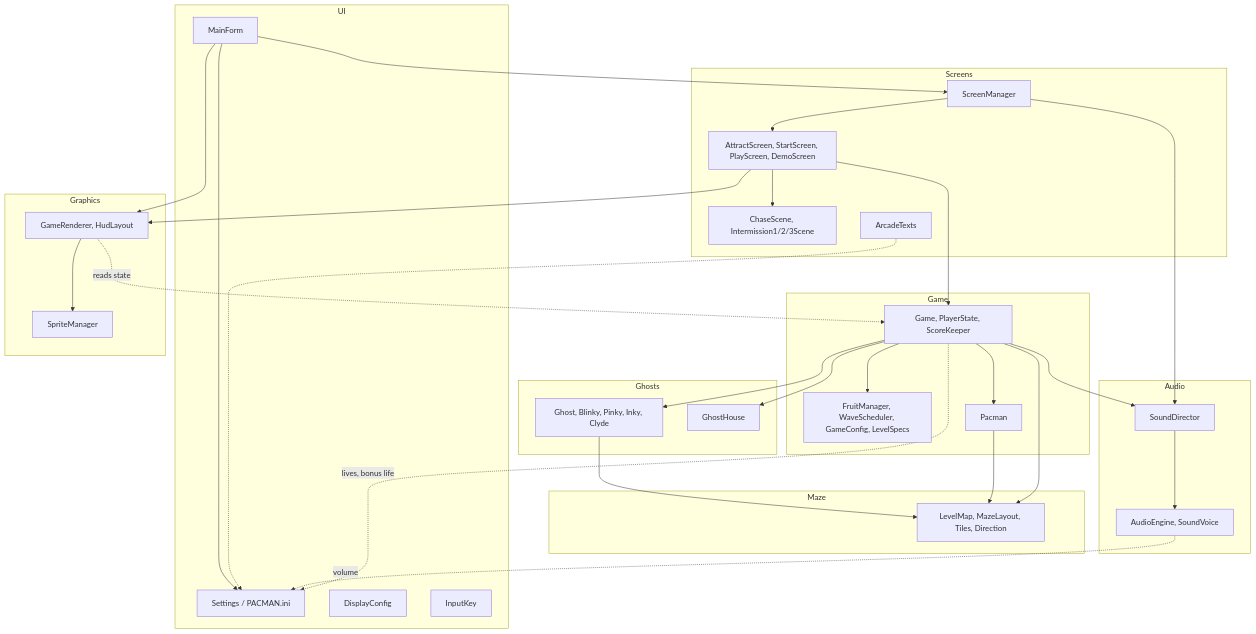
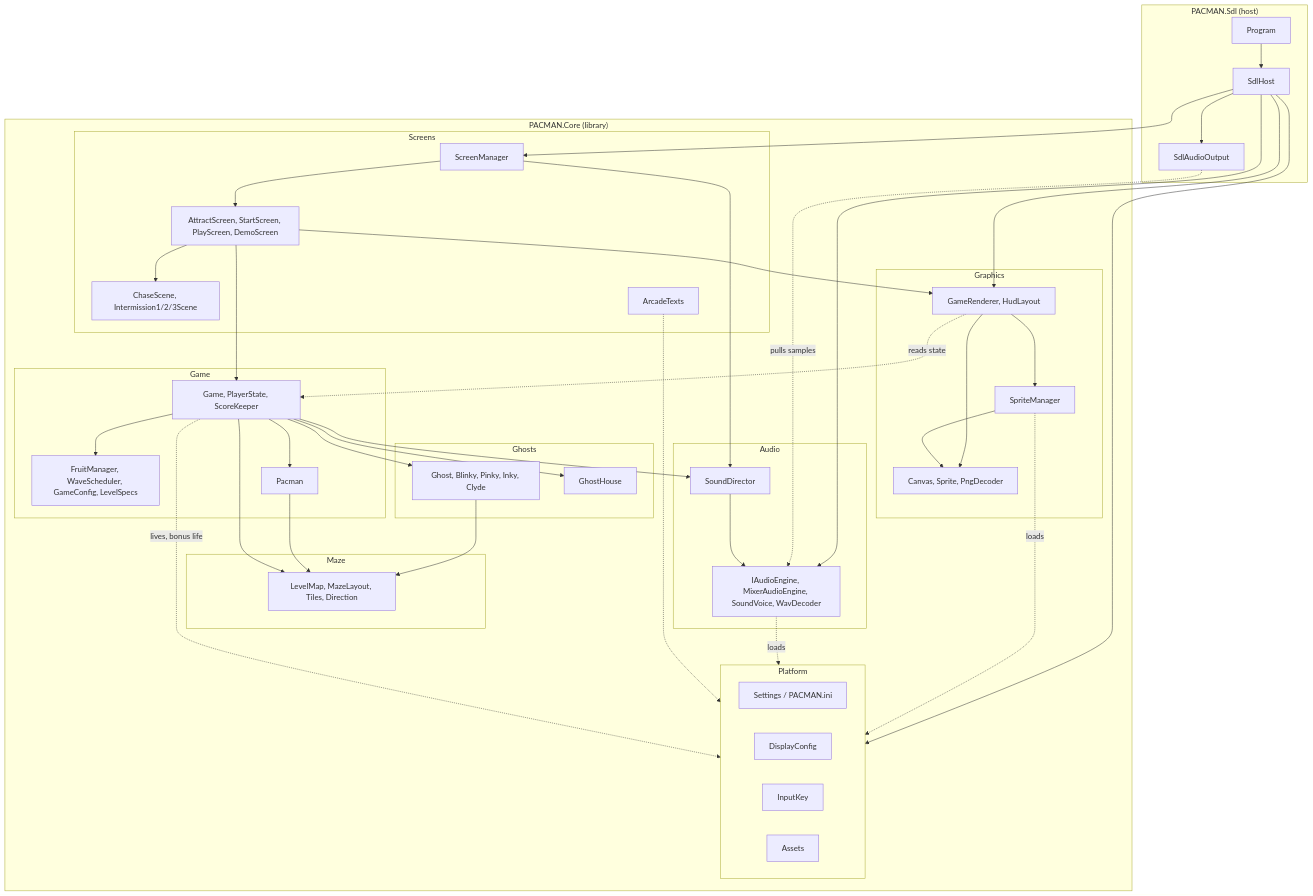
The first of 18 diagrams in docs/Pacman_UML_and_State_Diagrams_EN.md (Telev78/pacman), drawn with Mermaid before and after one commit. The commit also changed other lines of this file and 36 other files, not shown here.

````diff
--- a/docs/Pacman_UML_and_State_Diagrams_EN.md
+++ b/docs/Pacman_UML_and_State_Diagrams_EN.md
@@ -9,58 +9,73 @@
 ```mermaid
 flowchart TB
-  subgraph UI["UI"]
-    MainForm["MainForm"]
-    Settings["Settings / PACMAN.ini"]
-    DisplayConfig["DisplayConfig"]
-    InputKey["InputKey"]
+  subgraph Sdl["PACMAN.Sdl (host)"]
+    Program["Program"]
+    SdlHost["SdlHost"]
+    SdlAudioOutput["SdlAudioOutput"]
   end
-  subgraph Screens["Screens"]
-    ScreenManager["ScreenManager"]
-    ScreenList["AttractScreen, StartScreen, PlayScreen, DemoScreen"]
-    Scenes["ChaseScene, Intermission1/2/3Scene"]
-    ArcadeTexts["ArcadeTexts"]
-  end
-  subgraph Game["Game"]
-    GameC["Game, PlayerState, ScoreKeeper"]
-    Rules["FruitManager, WaveScheduler, GameConfig, LevelSpecs"]
-    PacmanC["Pacman"]
-  end
-  subgraph Ghosts["Ghosts"]
-    GhostC["Ghost, Blinky, Pinky, Inky, Clyde"]
-    GhostHouse["GhostHouse"]
-  end
-  subgraph Maze["Maze"]
-    MazeC["LevelMap, MazeLayout, Tiles, Direction"]
-  end
-  subgraph Graphics["Graphics"]
-    GameRenderer["GameRenderer, HudLayout"]
-    SpriteManager["SpriteManager"]
-  end
-  subgraph Audio["Audio"]
-    SoundDirector["SoundDirector"]
-    AudioEngine["AudioEngine, SoundVoice"]
+  subgraph Core["PACMAN.Core (library)"]
+    subgraph Platform["Platform"]
+      Settings["Settings / PACMAN.ini"]
+      DisplayConfig["DisplayConfig"]
+      InputKey["InputKey"]
+      Assets["Assets"]
+    end
+    subgraph Screens["Screens"]
+      ScreenManager["ScreenManager"]
+      ScreenList["AttractScreen, StartScreen, PlayScreen, DemoScreen"]
+      Scenes["ChaseScene, Intermission1/2/3Scene"]
+      ArcadeTexts["ArcadeTexts"]
+    end
+    subgraph Game["Game"]
+      GameC["Game, PlayerState, ScoreKeeper"]
+      Rules["FruitManager, WaveScheduler, GameConfig, LevelSpecs"]
+      PacmanC["Pacman"]
+    end
+    subgraph Ghosts["Ghosts"]
+      GhostC["Ghost, Blinky, Pinky, Inky, Clyde"]
+      GhostHouse["GhostHouse"]
+    end
+    subgraph Maze["Maze"]
+      MazeC["LevelMap, MazeLayout, Tiles, Direction"]
+    end
+    subgraph Graphics["Graphics"]
+      GameRenderer["GameRenderer, HudLayout"]
+      SpriteManager["SpriteManager"]
+      Pixels["Canvas, Sprite, PngDecoder"]
+    end
+    subgraph Audio["Audio"]
+      SoundDirector["SoundDirector"]
+      AudioEngine["IAudioEngine, MixerAudioEngine, SoundVoice, WavDecoder"]
+    end
   end
 
-  MainForm --> ScreenManager
-  MainForm --> GameRenderer
-  MainForm --> Settings
+  Program --> SdlHost
+  SdlHost --> ScreenManager
+  SdlHost --> GameRenderer
+  SdlHost --> AudioEngine
+  SdlHost --> SdlAudioOutput
+  SdlHost --> Platform
+  SdlAudioOutput -.->|pulls samples| AudioEngine
   ScreenManager --> ScreenList
   ScreenList --> Scenes
   ScreenList --> GameC
   ScreenList --> GameRenderer
   ScreenManager --> SoundDirector
   GameC --> Rules
   GameC --> PacmanC
   GameC --> GhostC
   GameC --> GhostHouse
   GameC --> SoundDirector
   GhostC --> MazeC
   PacmanC --> MazeC
   GameC --> MazeC
   GameRenderer --> SpriteManager
+  GameRenderer --> Pixels
+  SpriteManager --> Pixels
   GameRenderer -.->|reads state| GameC
   SoundDirector --> AudioEngine
-  ArcadeTexts -.-> Settings
-  AudioEngine -.->|volume| Settings
-  GameC -.->|lives, bonus life| Settings
+  SpriteManager -.->|loads| Platform
+  AudioEngine -.->|loads| Platform
+  ArcadeTexts -.-> Platform
+  GameC -.->|lives, bonus life| Platform
 ```
````
